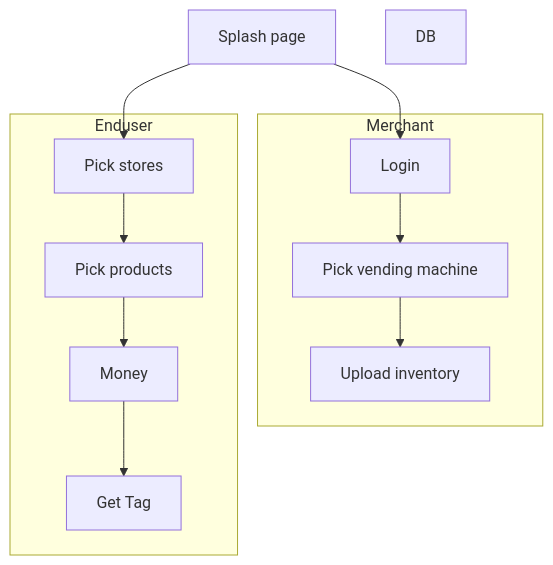
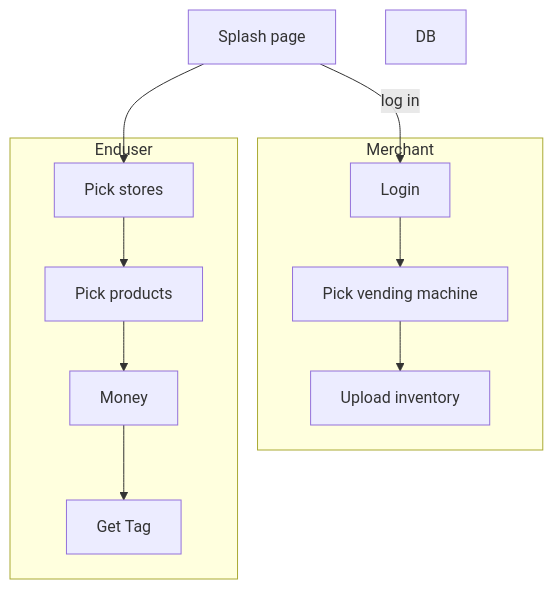
The diagram in README.md (mulefish/dispense_version3), drawn with Mermaid before and after one commit.

Commit message:
Mark down is hard

````diff
--- a/README.md
+++ b/README.md
@@ -7,28 +7,28 @@
 ```mermaid
     flowchart TB
     A[Splash page]
     B[Login]
     C[DB]
     D[Pick stores]
     E[Pick products]
     F[Money]
     G[Get Tag]
     H[Pick vending machine]
     I[Upload inventory]
 
 
-    A-->B
+    A-- log in -->B
     subgraph Merchant
         B-->H
         H-->I
     end
     
     A-->D
     subgraph Enduser
         D-->E
         E-->F
         F-->G
     end
 
 
 ```
````
